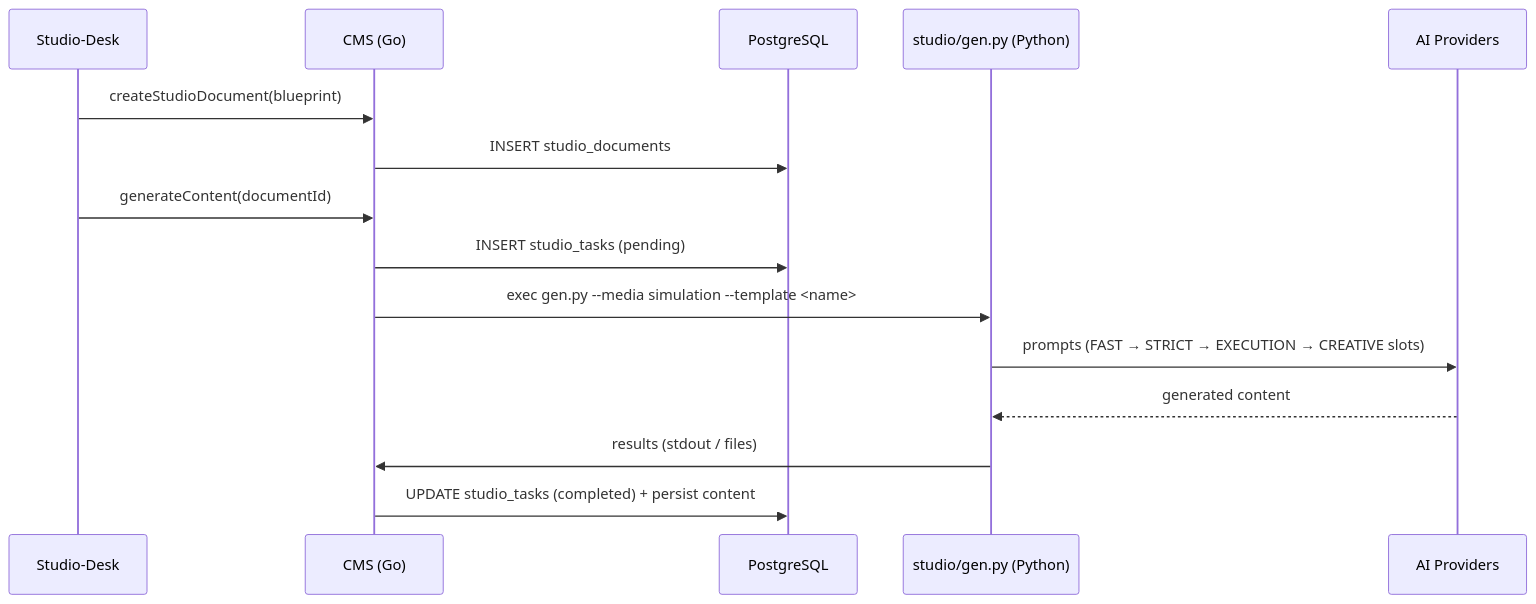
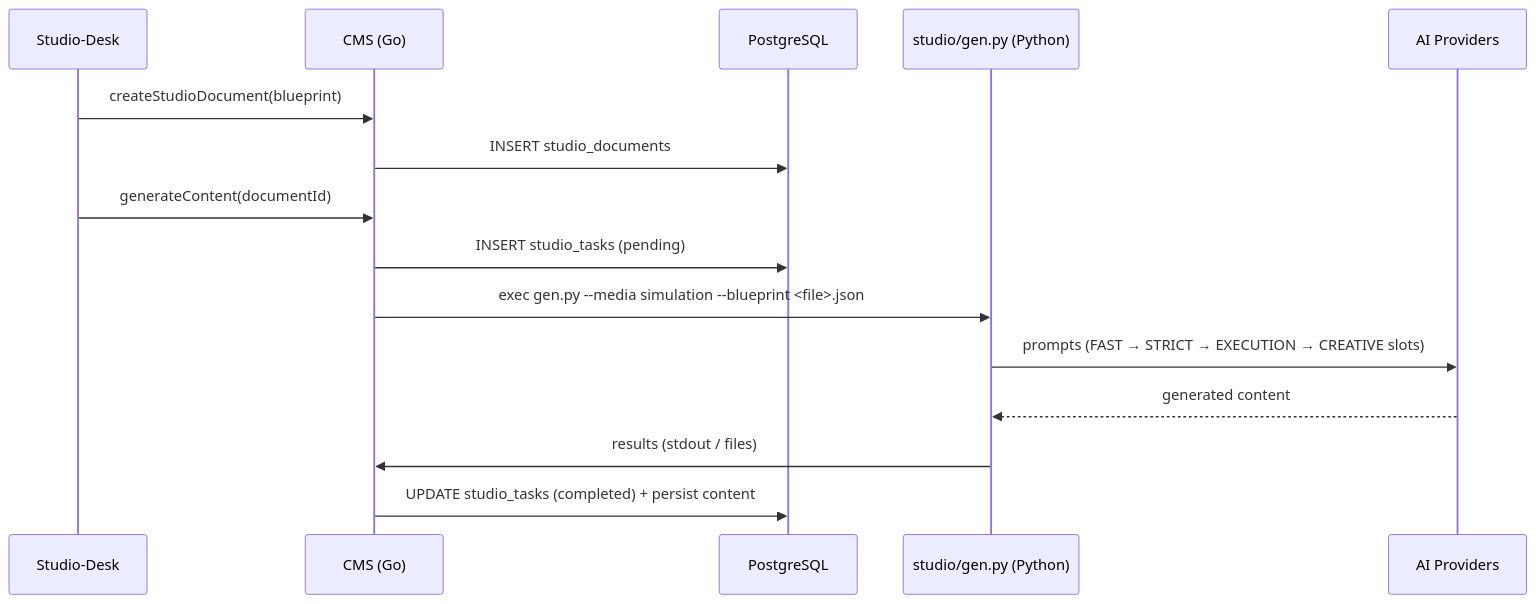
One commit to anthropos-work/rosetta changed the diagram in corpus/services/cms.md. Above: the diagram before and after it, drawn with Mermaid. The commit also changed other lines of this file and 24 other files, not shown here.

````diff
--- a/corpus/services/cms.md
+++ b/corpus/services/cms.md
@@ -114,18 +120,18 @@
 ```mermaid
 sequenceDiagram
     participant Desk as Studio-Desk
     participant CMS as CMS (Go)
     participant DB as PostgreSQL
     participant Studio as studio/gen.py (Python)
     participant AI as AI Providers
 
     Desk->>CMS: createStudioDocument(blueprint)
     CMS->>DB: INSERT studio_documents
     Desk->>CMS: generateContent(documentId)
     CMS->>DB: INSERT studio_tasks (pending)
-    CMS->>Studio: exec gen.py --media simulation --template <name>
+    CMS->>Studio: exec gen.py --media simulation --blueprint <file>.json
     Studio->>AI: prompts (FAST → STRICT → EXECUTION → CREATIVE slots)
     AI-->>Studio: generated content
     Studio->>CMS: results (stdout / files)
     CMS->>DB: UPDATE studio_tasks (completed) + persist content
 ```
````
